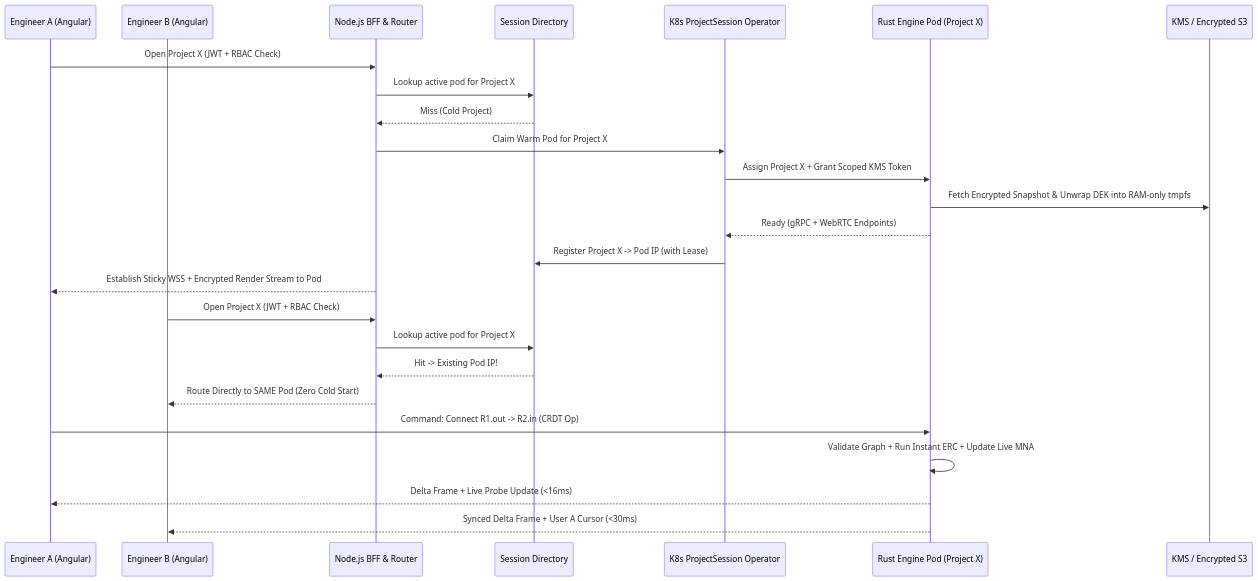
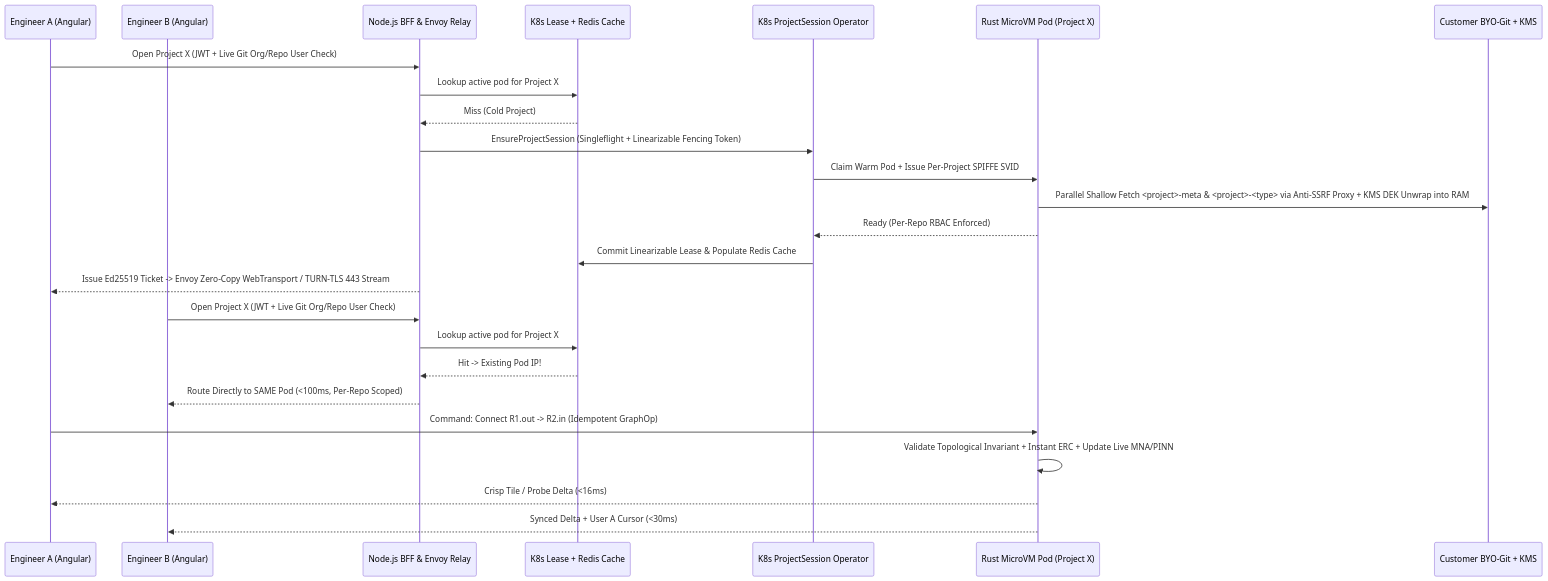
Before and after one commit to the-code-master/signal: the second of 2 diagrams in architecture/02-system-architecture.md, drawn with Mermaid. The commit also changed other lines of this file and 22 other files, not shown here.

Commit message:
docs: resolve 112 architectural flaws, add 12 futuristic AI-EDA innovations, and complete 2-pass scrub

````diff
--- a/architecture/02-system-architecture.md
+++ b/architecture/02-system-architecture.md
@@ -133,30 +130,30 @@
 ```mermaid
 sequenceDiagram
     participant U1 as Engineer A (Angular)
     participant U2 as Engineer B (Angular)
-    participant BFF as Node.js BFF & Router
-    participant Redis as Session Directory
+    participant BFF as Node.js BFF & Envoy Relay
+    participant Lease as K8s Lease + Redis Cache
     participant Op as K8s ProjectSession Operator
-    participant Pod as Rust Engine Pod (Project X)
-    participant KMS as KMS / Encrypted S3
+    participant Pod as Rust MicroVM Pod (Project X)
+    participant Git as Customer BYO-Git + KMS
 
-    U1->>BFF: Open Project X (JWT + RBAC Check)
-    BFF->>Redis: Lookup active pod for Project X
-    Redis-->>BFF: Miss (Cold Project)
-    BFF->>Op: Claim Warm Pod for Project X
-    Op->>Pod: Assign Project X + Grant Scoped KMS Token
-    Pod->>KMS: Fetch Encrypted Snapshot & Unwrap DEK into RAM-only tmpfs
-    Pod-->>Op: Ready (gRPC + WebRTC Endpoints)
-    Op->>Redis: Register Project X -> Pod IP (with Lease)
-    BFF-->>U1: Establish Sticky WSS + Encrypted Render Stream to Pod
+    U1->>BFF: Open Project X (JWT + Live Git Org/Repo User Check)
+    BFF->>Lease: Lookup active pod for Project X
+    Lease-->>BFF: Miss (Cold Project)
+    BFF->>Op: EnsureProjectSession (Singleflight + Linearizable Fencing Token)
+    Op->>Pod: Claim Warm Pod + Issue Per-Project SPIFFE SVID
+    Pod->>Git: Parallel Shallow Fetch <project>-meta & <project>-<type> via Anti-SSRF Proxy + KMS DEK Unwrap into RAM
+    Pod-->>Op: Ready (Per-Repo RBAC Enforced)
+    Op->>Lease: Commit Linearizable Lease & Populate Redis Cache
+    BFF-->>U1: Issue Ed25519 Ticket -> Envoy Zero-Copy WebTransport / TURN-TLS 443 Stream
 
-    U2->>BFF: Open Project X (JWT + RBAC Check)
-    BFF->>Redis: Lookup active pod for Project X
-    Redis-->>BFF: Hit -> Existing Pod IP!
-    BFF-->>U2: Route Directly to SAME Pod (Zero Cold Start)
+    U2->>BFF: Open Project X (JWT + Live Git Org/Repo User Check)
+    BFF->>Lease: Lookup active pod for Project X
+    Lease-->>BFF: Hit -> Existing Pod IP!
+    BFF-->>U2: Route Directly to SAME Pod (<100ms, Per-Repo Scoped)
 
-    U1->>Pod: Command: Connect R1.out -> R2.in (CRDT Op)
-    Pod->>Pod: Validate Graph + Run Instant ERC + Update Live MNA
-    Pod-->>U1: Delta Frame + Live Probe Update (<16ms)
-    Pod-->>U2: Synced Delta Frame + User A Cursor (<30ms)
+    U1->>Pod: Command: Connect R1.out -> R2.in (Idempotent GraphOp)
+    Pod->>Pod: Validate Topological Invariant + Instant ERC + Update Live MNA/PINN
+    Pod-->>U1: Crisp Tile / Probe Delta (<16ms)
+    Pod-->>U2: Synced Delta + User A Cursor (<30ms)
 ```
````
